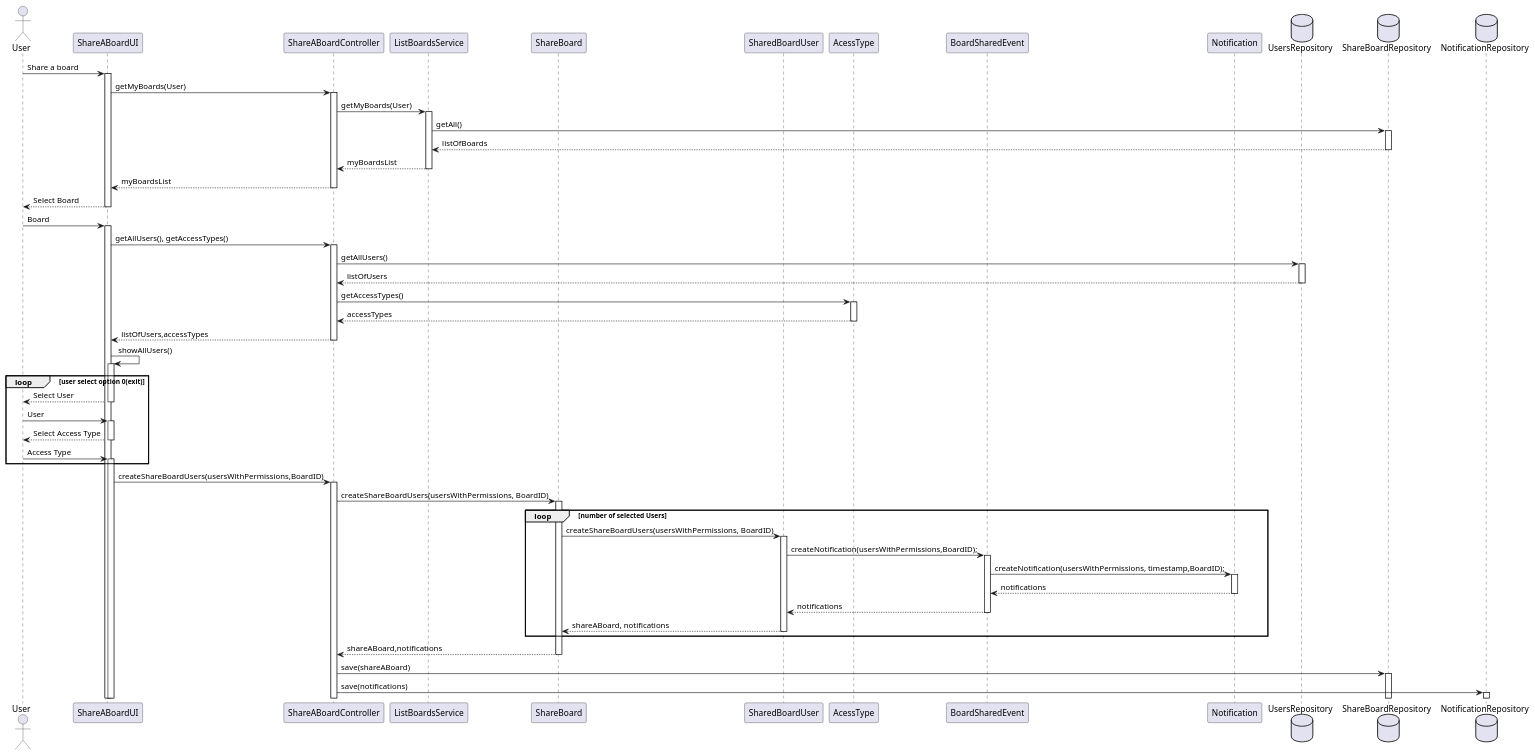
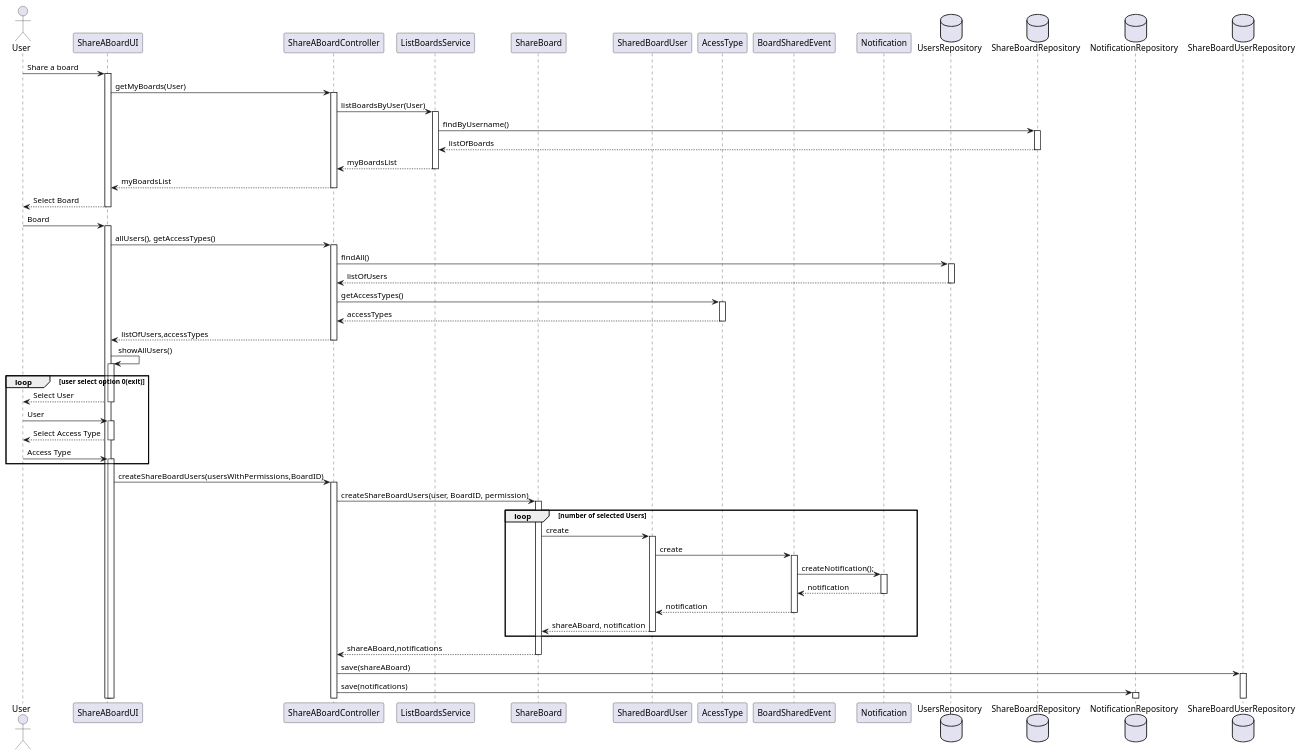
One commit to mascenso/isep-sem4-lapr4 changed the diagram in docs/SPRINT C/US3004 - Share a board/US3004-SD.puml. Above: the diagram before and after it, drawn with PlantUML. The commit also changed 36 other files, not shown here.

```diff
--- a/docs/SPRINT C/US3004 - Share a board/US3004-SD.puml
+++ b/docs/SPRINT C/US3004 - Share a board/US3004-SD.puml
@@ -1,62 +1,63 @@
 @startuml
 
 autoactivate on
 
 actor User as U
 participant "ShareABoardUI" as UI
 participant "ShareABoardController" as C
 participant "ListBoardsService" as S
 participant "ShareBoard" as SB
 participant "SharedBoardUser" as SBU
 participant "AcessType" as AT
 participant "BoardSharedEvent" as E
 participant "Notification" as N
 database "UsersRepository" as UR
 database "ShareBoardRepository" as SBR
 database "NotificationRepository" as NR
+database "ShareBoardUserRepository" as SBRU
 
 
 U -> UI:Share a board
 UI -> C: getMyBoards(User)
-C->S:getMyBoards(User)
-S->SBR: getAll()
+C->S:listBoardsByUser(User)
+S->SBR: findByUsername()
 SBR-->S: listOfBoards
 S-->C: myBoardsList
 C-->UI: myBoardsList
 UI-->U: Select Board
 
 U->UI:Board
-UI -> C: getAllUsers(), getAccessTypes()
-C -> UR: getAllUsers()
+UI -> C: allUsers(), getAccessTypes()
+C -> UR: findAll()
 UR --> C: listOfUsers
 
 C->AT: getAccessTypes()
 AT-->C: accessTypes
 C --> UI: listOfUsers,accessTypes
 
 UI -> UI: showAllUsers()
 
 loop user select option 0(exit)
 UI --> U: Select User
 U -> UI: User
 UI-->U: Select Access Type
 U->UI: Access Type
 end
 
 UI->C:createShareBoardUsers(usersWithPermissions,BoardID)
-C->SB: createShareBoardUsers(usersWithPermissions, BoardID)
+C->SB: createShareBoardUsers(user, BoardID, permission)
 
 loop number of selected Users
-SB-> SBU: createShareBoardUsers(usersWithPermissions, BoardID)
-SBU->E: createNotification(usersWithPermissions,BoardID);
-E->N: createNotification(usersWithPermissions, timestamp,BoardID);
-N-->E: notifications
-E-->SBU: notifications
-SBU-->SB: shareABoard, notifications
+SB-> SBU: create
+SBU->E: create
+E->N: createNotification();
+N-->E: notification
+E-->SBU: notification
+SBU-->SB: shareABoard, notification
 end
 
 SB-->C:shareABoard,notifications
-C->SBR: save(shareABoard)
+C->SBRU: save(shareABoard)
 C->NR: save(notifications)
 
 @enduml
```
